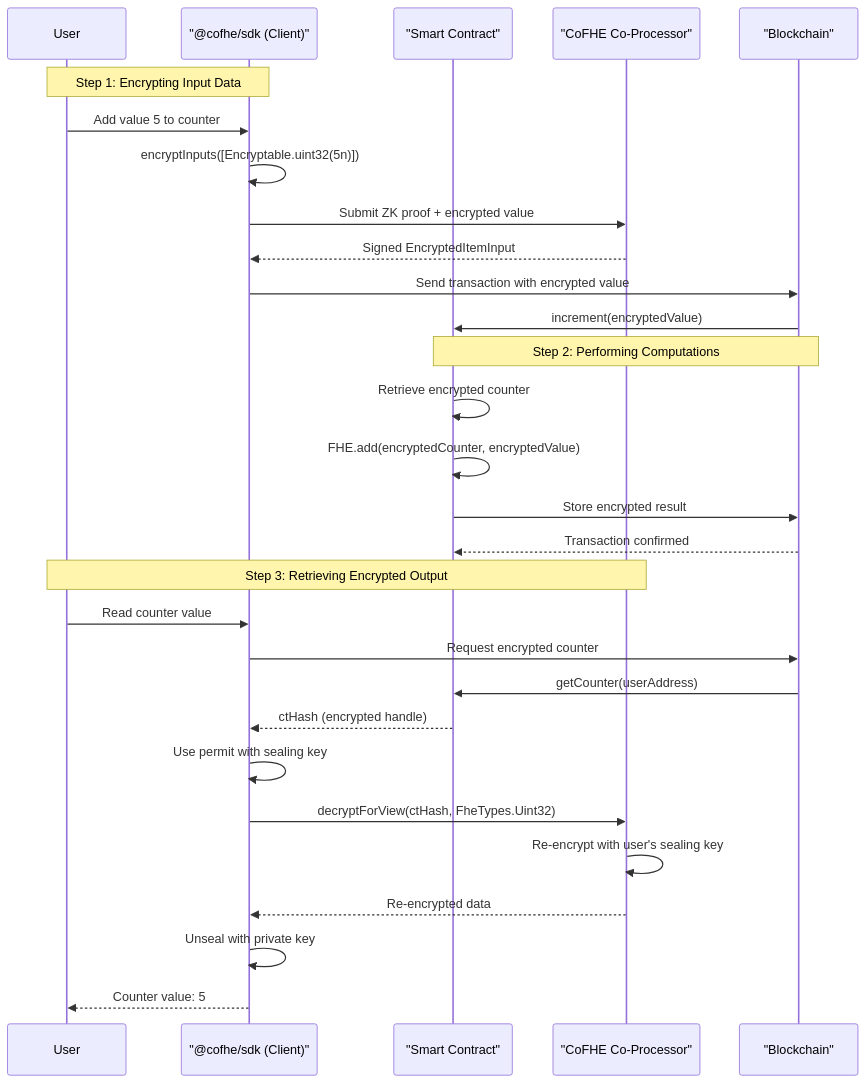
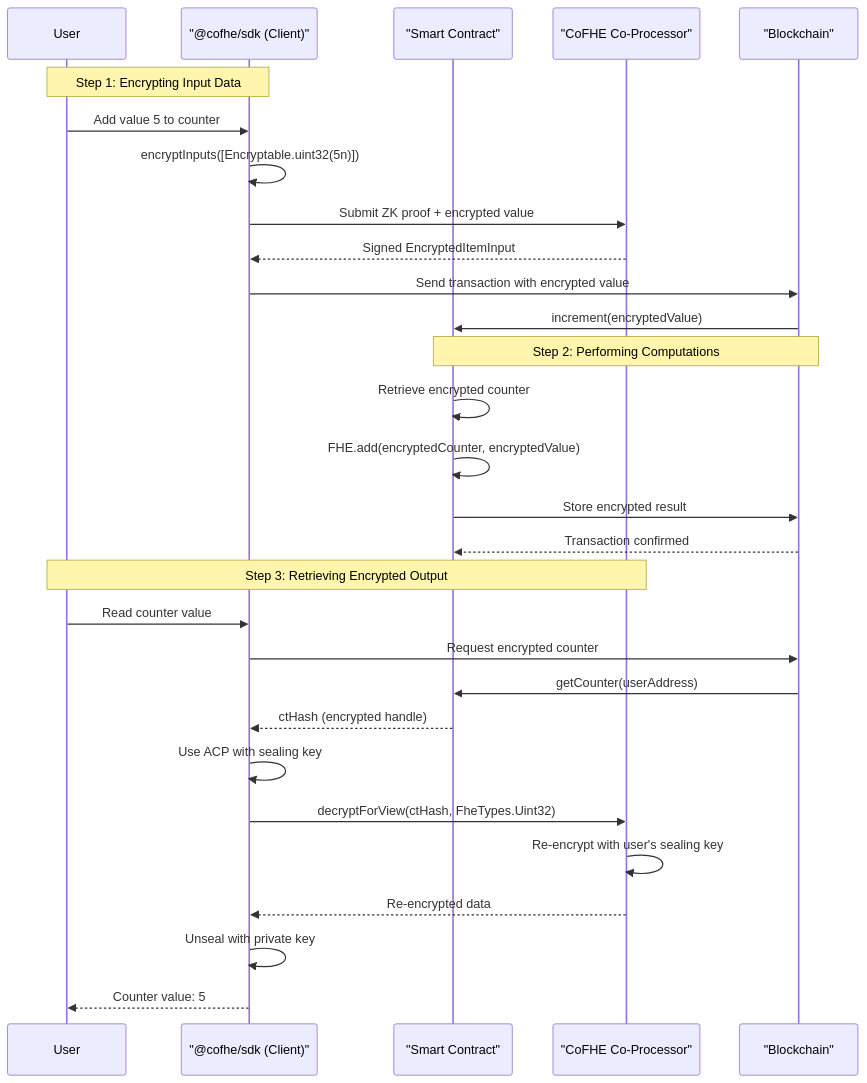
One commit to FhenixProtocol/fhenix-developer-docs changed the diagram in client-sdk/introduction/mental-model.mdx. Above: the diagram before and after it, drawn with Mermaid. The commit also changed other lines of this file and 13 other files, not shown here.

First line of the commit message:
docs(client-sdk): migrate permit API docs to ACP for @cofhe/sdk 0.7

````diff
--- a/client-sdk/introduction/mental-model.mdx
+++ b/client-sdk/introduction/mental-model.mdx
@@ -93,35 +93,35 @@
 ```mermaid
 sequenceDiagram
     participant User
     participant SDK as "@cofhe/sdk (Client)"
     participant Contract as "Smart Contract"
     participant CoFHE as "CoFHE Co-Processor"
     participant Blockchain as "Blockchain"
 
     Note over User,SDK: Step 1: Encrypting Input Data
     User->>SDK: Add value 5 to counter
     SDK->>SDK: encryptInputs([Encryptable.uint32(5n)])
     SDK->>CoFHE: Submit ZK proof + encrypted value
     CoFHE-->>SDK: Signed EncryptedItemInput
     SDK->>Blockchain: Send transaction with encrypted value
     Blockchain->>Contract: increment(encryptedValue)
 
     Note over Contract,Blockchain: Step 2: Performing Computations
     Contract->>Contract: Retrieve encrypted counter
     Contract->>Contract: FHE.add(encryptedCounter, encryptedValue)
     Contract->>Blockchain: Store encrypted result
     Blockchain-->>Contract: Transaction confirmed
 
     Note over User,CoFHE: Step 3: Retrieving Encrypted Output
     User->>SDK: Read counter value
     SDK->>Blockchain: Request encrypted counter
     Blockchain->>Contract: getCounter(userAddress)
     Contract-->>SDK: ctHash (encrypted handle)
 
-    SDK->>SDK: Use permit with sealing key
+    SDK->>SDK: Use ACP with sealing key
     SDK->>CoFHE: decryptForView(ctHash, FheTypes.Uint32)
     CoFHE->>CoFHE: Re-encrypt with user's sealing key
     CoFHE-->>SDK: Re-encrypted data
     SDK->>SDK: Unseal with private key
     SDK-->>User: Counter value: 5
 ```
````
